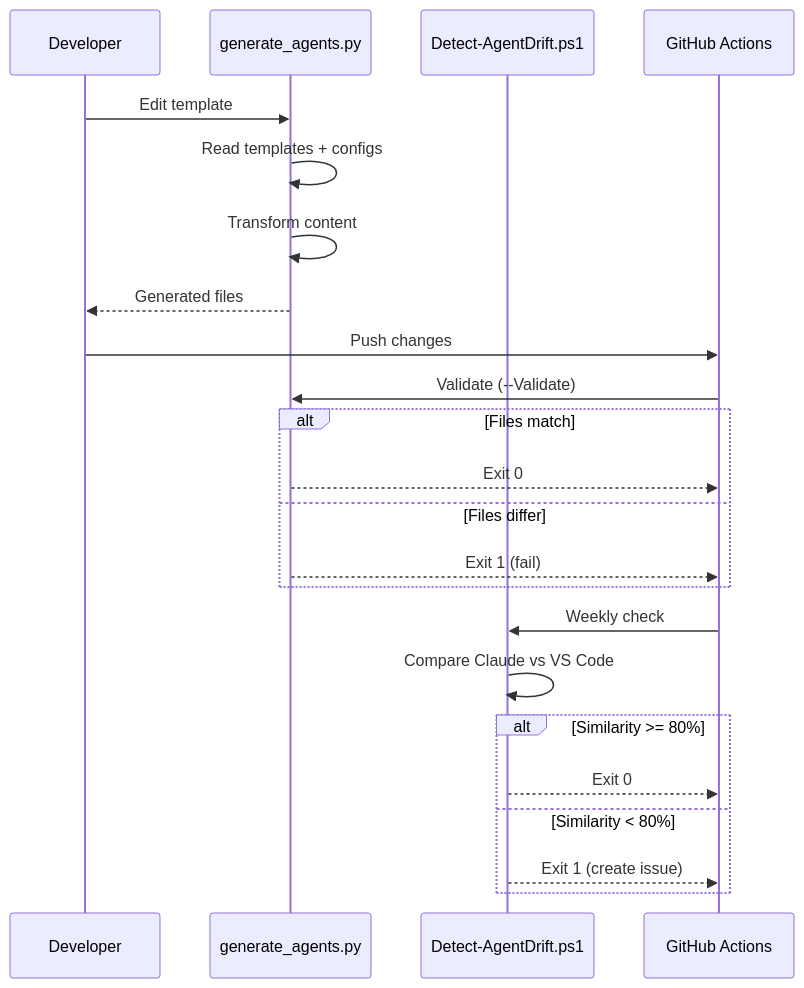
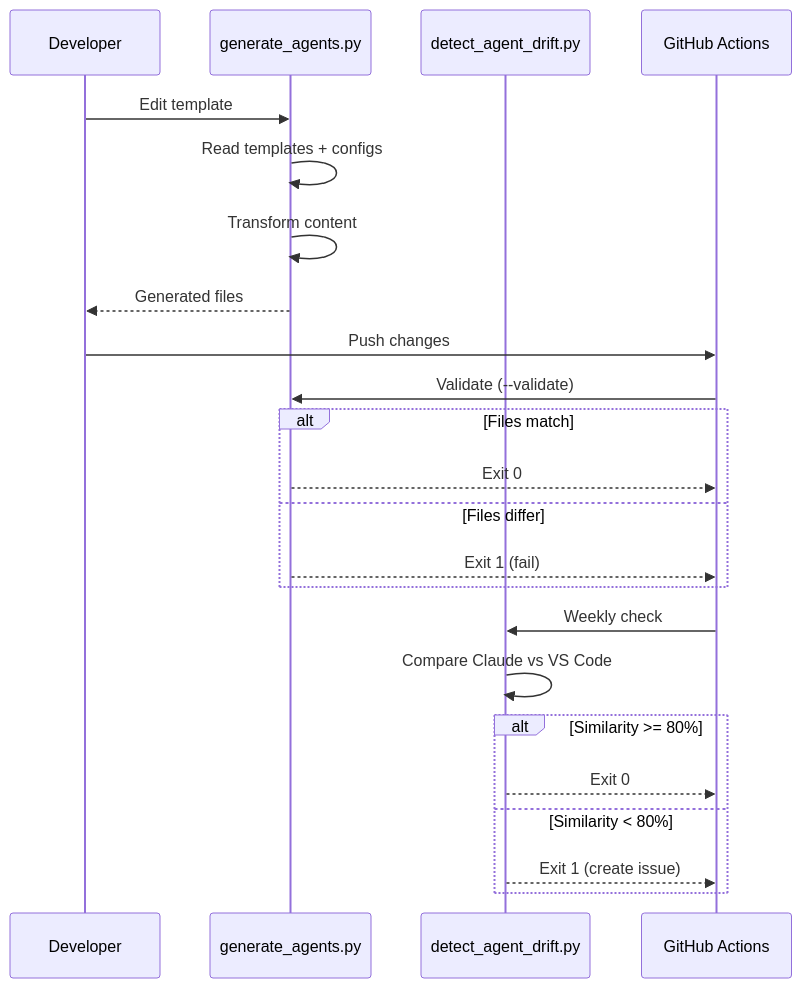
The second of 2 diagrams in build/AGENTS.md (rjmurillo/ai-agents), drawn with Mermaid before and after one commit. The commit also changed other lines of this file and 7 other files, not shown here.

````diff
--- a/build/AGENTS.md
+++ b/build/AGENTS.md
@@ -363,28 +363,28 @@
 ```mermaid
 sequenceDiagram
     participant Dev as Developer
     participant Gen as generate_agents.py
-    participant Drift as Detect-AgentDrift.ps1
+    participant Drift as detect_agent_drift.py
     participant CI as GitHub Actions
 
     Dev->>Gen: Edit template
     Gen->>Gen: Read templates + configs
     Gen->>Gen: Transform content
     Gen-->>Dev: Generated files
 
     Dev->>CI: Push changes
-    CI->>Gen: Validate (--Validate)
+    CI->>Gen: Validate (--validate)
     alt Files match
         Gen-->>CI: Exit 0
     else Files differ
         Gen-->>CI: Exit 1 (fail)
     end
 
     CI->>Drift: Weekly check
     Drift->>Drift: Compare Claude vs VS Code
     alt Similarity >= 80%
         Drift-->>CI: Exit 0
     else Similarity < 80%
         Drift-->>CI: Exit 1 (create issue)
     end
 ```
````
